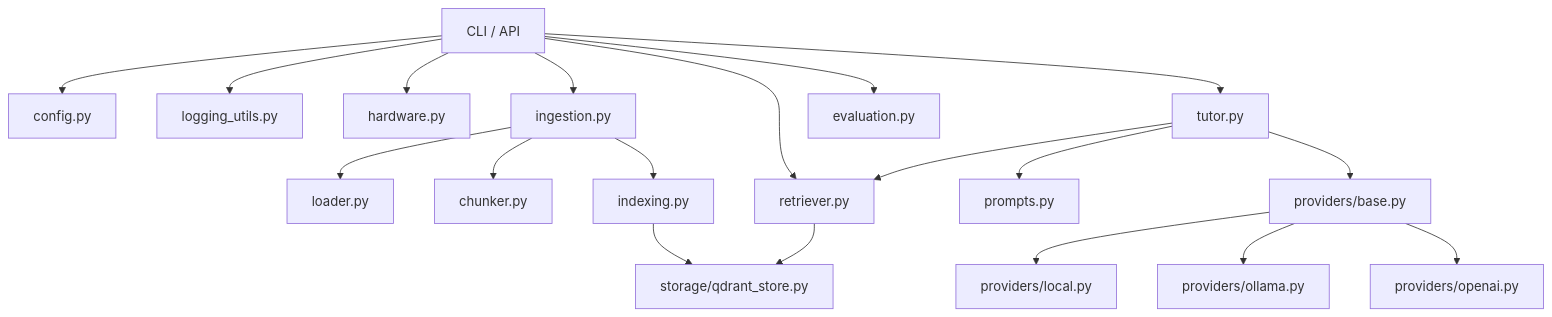
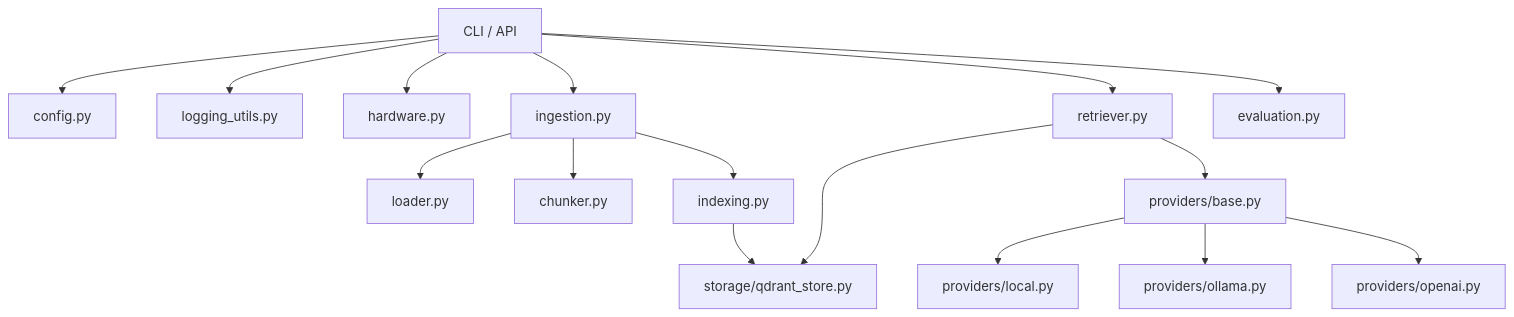
One commit to mjperez/local-teacher changed the diagram in docs/rag-structure.md. Above: the diagram before and after it, drawn with Mermaid. The commit also changed other lines of this file and 22 other files, not shown here.

````diff
--- a/docs/rag-structure.md
+++ b/docs/rag-structure.md
@@ -5,26 +5,23 @@
 ```mermaid
 flowchart TD
   A[CLI / API] --> B[config.py]
   A --> C[logging_utils.py]
   A --> D[hardware.py]
 
   A --> E[ingestion.py]
   E --> F[loader.py]
   E --> G[chunker.py]
   E --> H[indexing.py]
   H --> I[storage/qdrant_store.py]
 
   A --> J[retriever.py]
   J --> I
 
-  A --> K[tutor.py]
-  K --> L[prompts.py]
-  K --> J
-  K --> M[providers/base.py]
+  J --> M[providers/base.py]
 
   M --> N[providers/local.py]
   M --> O[providers/ollama.py]
   M --> P[providers/openai.py]
 
   A --> Q[evaluation.py]
 ```
````
